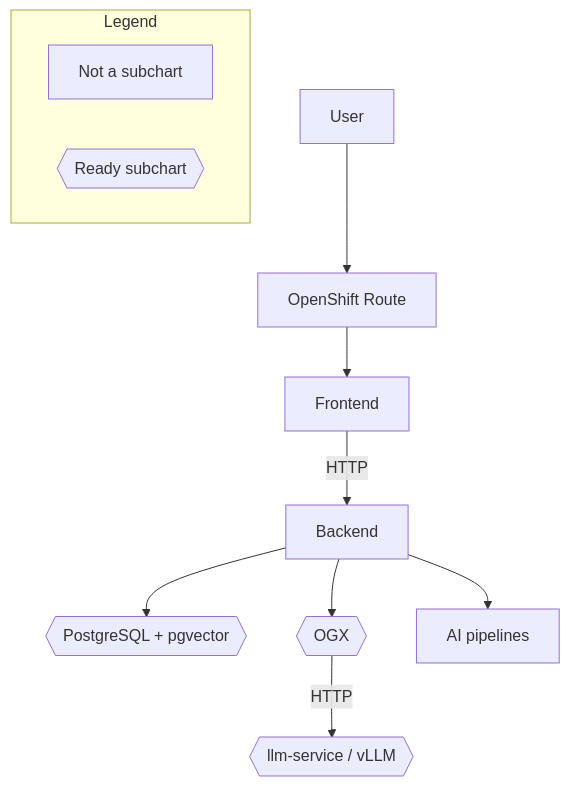
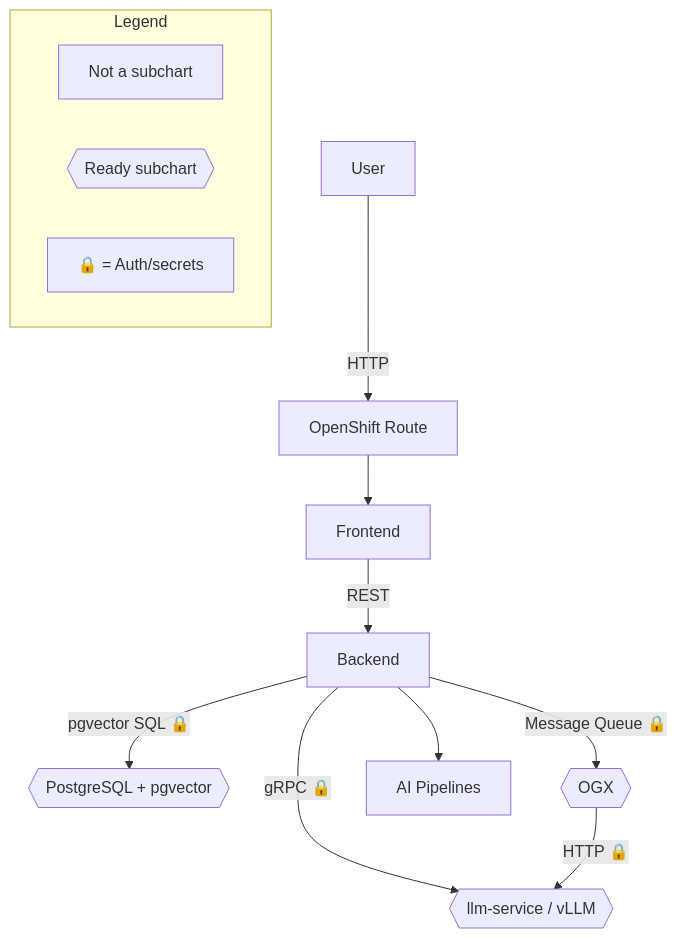
Before and after one commit to YosiElias/quickstart-factory: the diagram in core/skills/rh-qs-architect/subagents/diagram-generator-prompt.md, drawn with Mermaid. The commit also changed other lines of this file and 1 other file, not shown here.

Commit message:
feat(rh-qs-architect): enrich diagram with integration patterns (protocols and security boundaries)

````diff
--- a/core/skills/rh-qs-architect/subagents/diagram-generator-prompt.md
+++ b/core/skills/rh-qs-architect/subagents/diagram-generator-prompt.md
@@ -51,16 +59,18 @@
 ```mermaid
 flowchart TB
-  User --> Route[OpenShift Route]
+  User -->|HTTP| Route[OpenShift Route]
   Route --> UI[Frontend]
-  UI -->|HTTP| API[Backend]
-  API --> DB{{PostgreSQL + pgvector}}
-  API --> ORCH{{OGX}}
-  ORCH -->|HTTP| LLM{{llm-service / vLLM}}
-  API --> PIPE[AI pipelines]
+  UI -->|REST| API[Backend]
+  API -->|gRPC 🔒| LLM{{llm-service / vLLM}}
+  API -->|pgvector SQL 🔒| DB{{PostgreSQL + pgvector}}
+  API -->|Message Queue 🔒| ORCH{{OGX}}
+  ORCH -->|HTTP 🔒| LLM
+  API --> PIPE[AI Pipelines]
 
   subgraph legend [Legend]
     direction LR
     L_other[Not a subchart]
     L_chart{{Ready subchart}}
+    L_sec["🔒 = Auth/secrets"]
   end
 ```
````
